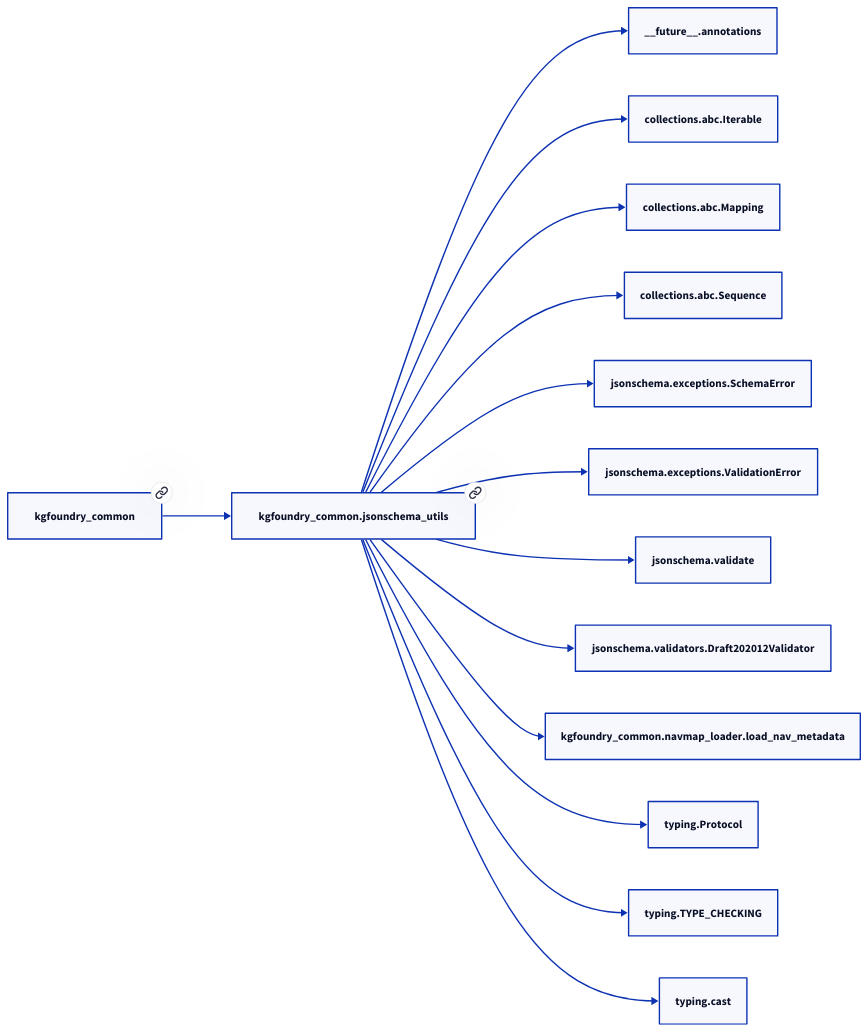
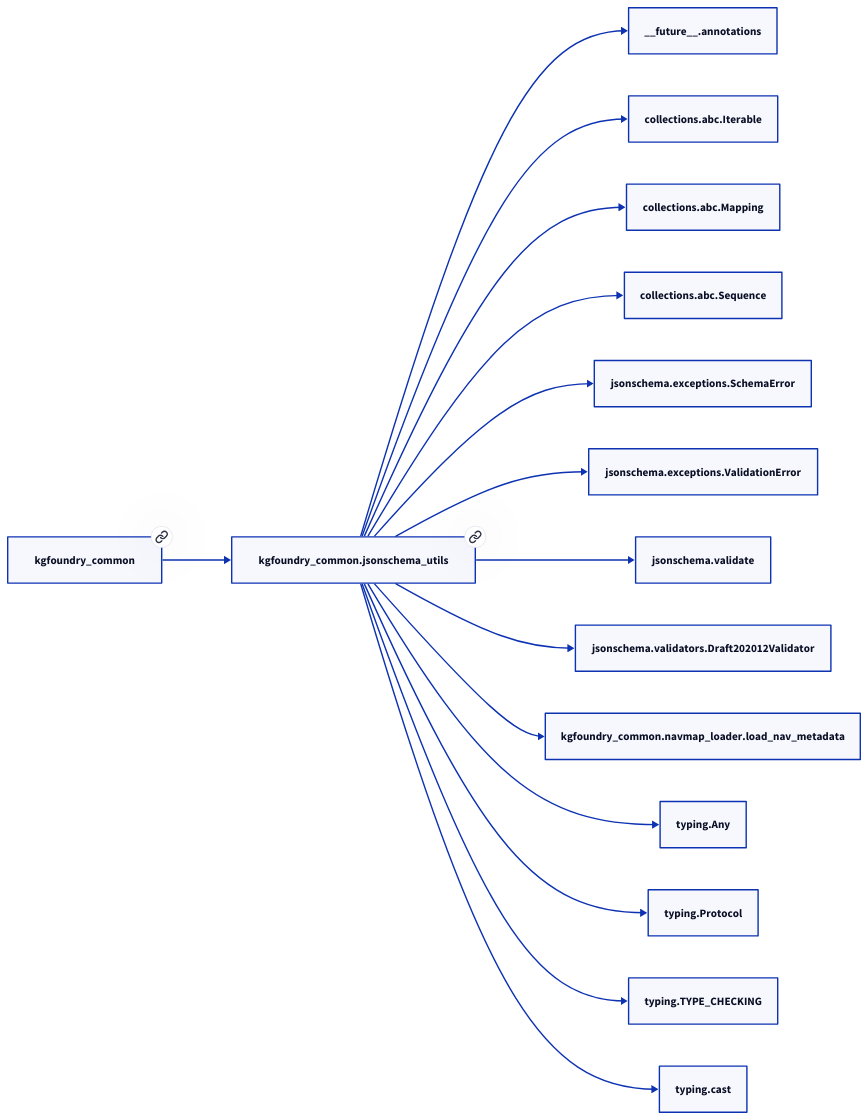
The second of 2 diagrams in docs/modules/kgfoundry_common/jsonschema_utils.md (paul-heyse/kgforge), drawn with D2 before and after one commit. The commit also changed other lines of this file and 64 other files, not shown here.

````diff
--- a/docs/modules/kgfoundry_common/jsonschema_utils.md
+++ b/docs/modules/kgfoundry_common/jsonschema_utils.md
@@ -61,30 +61,32 @@
 ```d2
 direction: right
 "kgfoundry_common.jsonschema_utils": "kgfoundry_common.jsonschema_utils" { link: "https://github.com/paul-heyse/kgfoundry/blob/main/src/kgfoundry_common/jsonschema_utils.py" }
 "__future__.annotations": "__future__.annotations"
 "kgfoundry_common.jsonschema_utils" -> "__future__.annotations"
 "collections.abc.Iterable": "collections.abc.Iterable"
 "kgfoundry_common.jsonschema_utils" -> "collections.abc.Iterable"
 "collections.abc.Mapping": "collections.abc.Mapping"
 "kgfoundry_common.jsonschema_utils" -> "collections.abc.Mapping"
 "collections.abc.Sequence": "collections.abc.Sequence"
 "kgfoundry_common.jsonschema_utils" -> "collections.abc.Sequence"
 "jsonschema.exceptions.SchemaError": "jsonschema.exceptions.SchemaError"
 "kgfoundry_common.jsonschema_utils" -> "jsonschema.exceptions.SchemaError"
 "jsonschema.exceptions.ValidationError": "jsonschema.exceptions.ValidationError"
 "kgfoundry_common.jsonschema_utils" -> "jsonschema.exceptions.ValidationError"
 "jsonschema.validate": "jsonschema.validate"
 "kgfoundry_common.jsonschema_utils" -> "jsonschema.validate"
 "jsonschema.validators.Draft202012Validator": "jsonschema.validators.Draft202012Validator"
 "kgfoundry_common.jsonschema_utils" -> "jsonschema.validators.Draft202012Validator"
 "kgfoundry_common.navmap_loader.load_nav_metadata": "kgfoundry_common.navmap_loader.load_nav_metadata"
 "kgfoundry_common.jsonschema_utils" -> "kgfoundry_common.navmap_loader.load_nav_metadata"
+"typing.Any": "typing.Any"
+"kgfoundry_common.jsonschema_utils" -> "typing.Any"
 "typing.Protocol": "typing.Protocol"
 "kgfoundry_common.jsonschema_utils" -> "typing.Protocol"
 "typing.TYPE_CHECKING": "typing.TYPE_CHECKING"
 "kgfoundry_common.jsonschema_utils" -> "typing.TYPE_CHECKING"
 "typing.cast": "typing.cast"
 "kgfoundry_common.jsonschema_utils" -> "typing.cast"
 "kgfoundry_common": "kgfoundry_common" { link: "https://github.com/paul-heyse/kgfoundry/blob/main/src/kgfoundry_common/__init__.py" }
 "kgfoundry_common" -> "kgfoundry_common.jsonschema_utils" { style: dashed }
 ```
````
